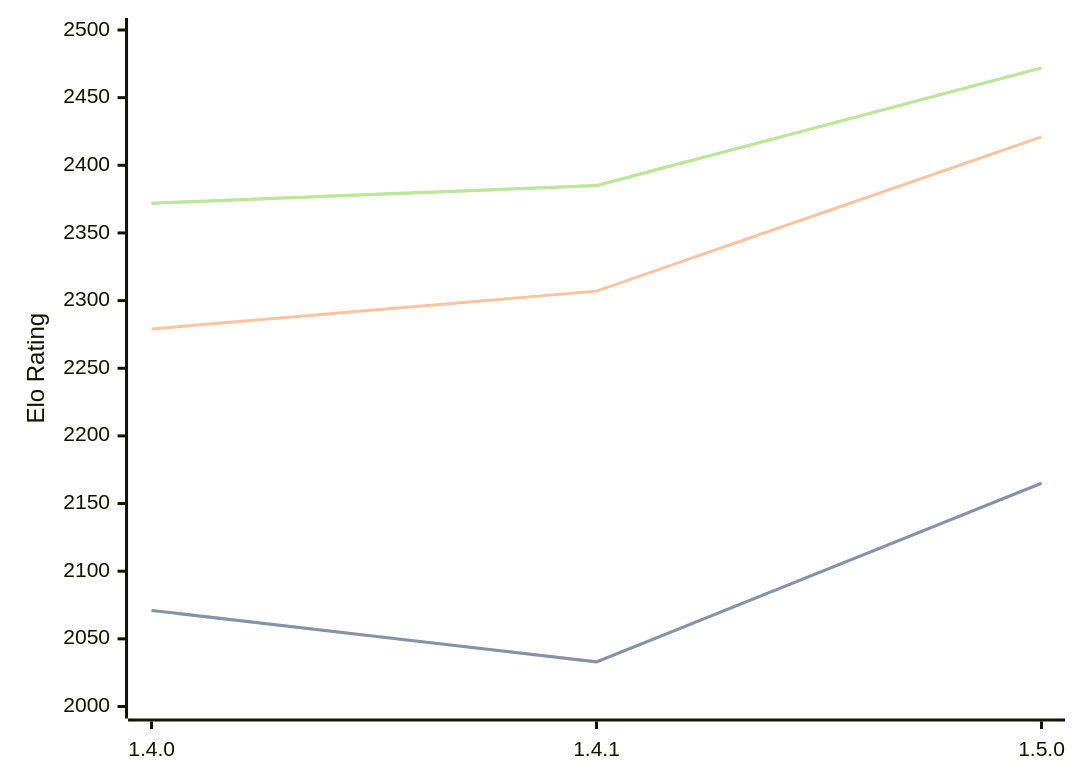
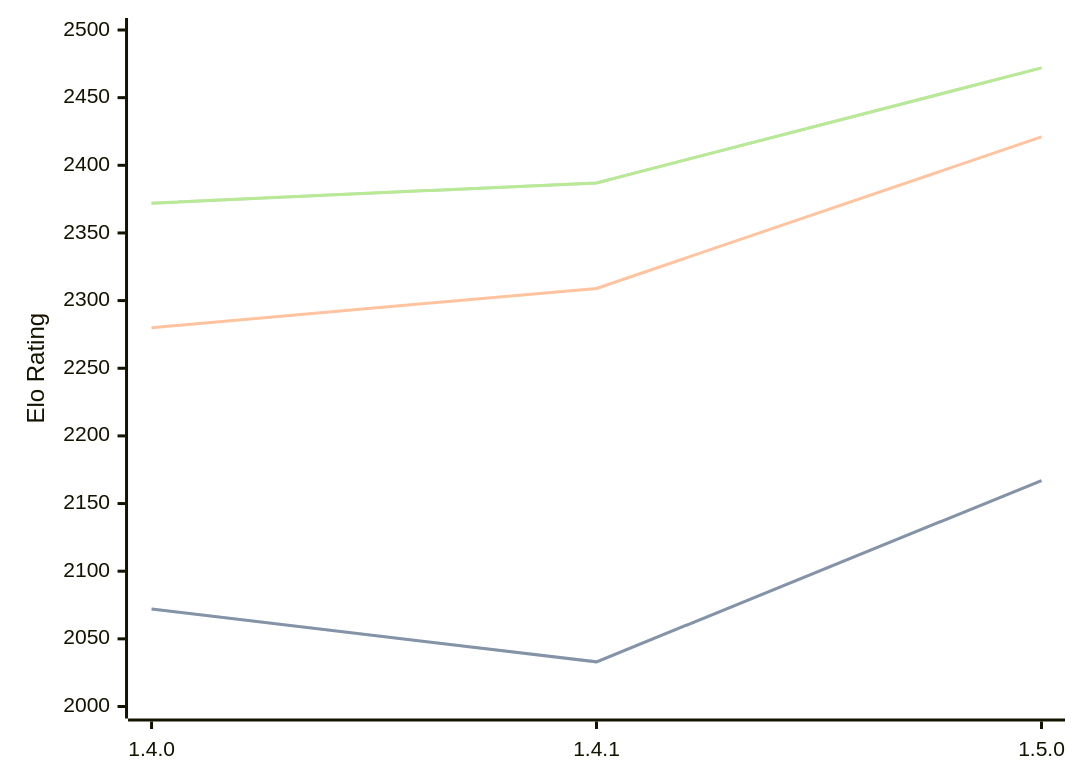
Before and after one commit to computer-chess-index/cci: the diagram in engines/Tofiks.md, drawn with Mermaid. The commit also changed other lines of this file, not shown here.

Commit message:
Update CCI Ratings (ELO VLTC) - 2026-07-23

````diff
--- a/engines/Tofiks.md
+++ b/engines/Tofiks.md
@@ -37,11 +37,11 @@
 ```mermaid
 %%{init: {"theme":"base","themeVariables":{"seriesColors:['#a3a3a3','#222221','#faa371']}}}%%
 xychart-beta
   x-axis ["1.4.0", "1.4.1", "1.5.0"]
   y-axis "Elo Rating" 2000 --> 2500
-  line "STC (8.0+0.08s)" [2071, 2033, 2165]
-  line "STC (8.0+0.08s)" [2071, 2033, 2165]
-  line "LTC (60.0+0.60s)" [2279, 2307, 2421]
-  line "VLTC (2m24s+1.12s)" [2372, 2385, 2472]
-  line "VLTC (2m24s+1.12s)" [2372, 2385, 2472]
+  line "STC (8.0+0.08s)" [2072, 2033, 2167]
+  line "STC (8.0+0.08s)" [2072, 2033, 2167]
+  line "LTC (60.0+0.60s)" [2280, 2309, 2421]
+  line "VLTC (2m24s+1.12s)" [2372, 2387, 2472]
+  line "VLTC (2m24s+1.12s)" [2372, 2387, 2472]
 ```
````
